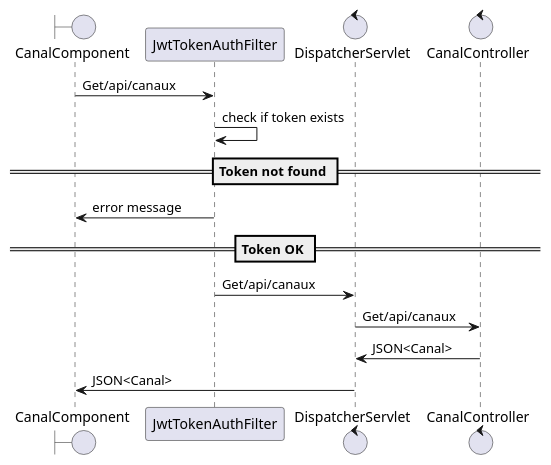
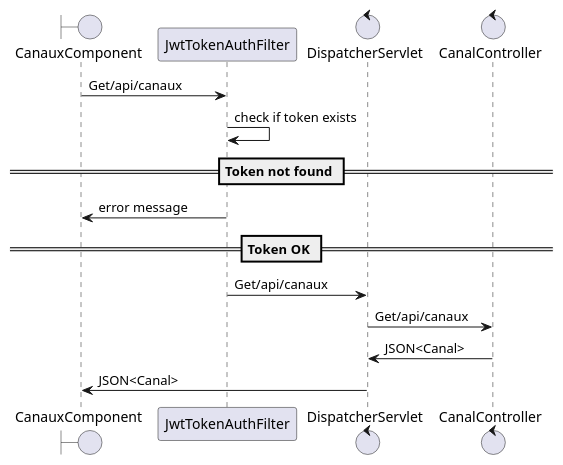
The diagram in public/diagramme-de-sequence/listerCanauxById.puml (soupramanien/cdaMassy2021ReactJS), drawn with PlantUML before and after one commit.

Commit message:
diagramme sequence listerCanaux avec PlantUml

```diff
--- a/public/diagramme-de-sequence/listerCanauxById.puml
+++ b/public/diagramme-de-sequence/listerCanauxById.puml
@@ -3,17 +3,17 @@
 @startuml
-boundary CanalComponent
+boundary CanauxComponent
 participant JwtTokenAuthFilter
 control DispatcherServlet 
 control CanalController 
 
 
-CanalComponent -> JwtTokenAuthFilter : Get/api/canaux 
+CanauxComponent -> JwtTokenAuthFilter : Get/api/canaux 
 JwtTokenAuthFilter -> JwtTokenAuthFilter : check if token exists
 ==Token not found ==
-JwtTokenAuthFilter -> CanalComponent : error message 
+JwtTokenAuthFilter -> CanauxComponent : error message 
 ==Token OK ==
 JwtTokenAuthFilter -> DispatcherServlet : Get/api/canaux
 DispatcherServlet -> CanalController : Get/api/canaux
 CanalController -> DispatcherServlet : JSON<Canal>
-DispatcherServlet -> CanalComponent : JSON<Canal>
+DispatcherServlet -> CanauxComponent : JSON<Canal>
 @enduml
```
